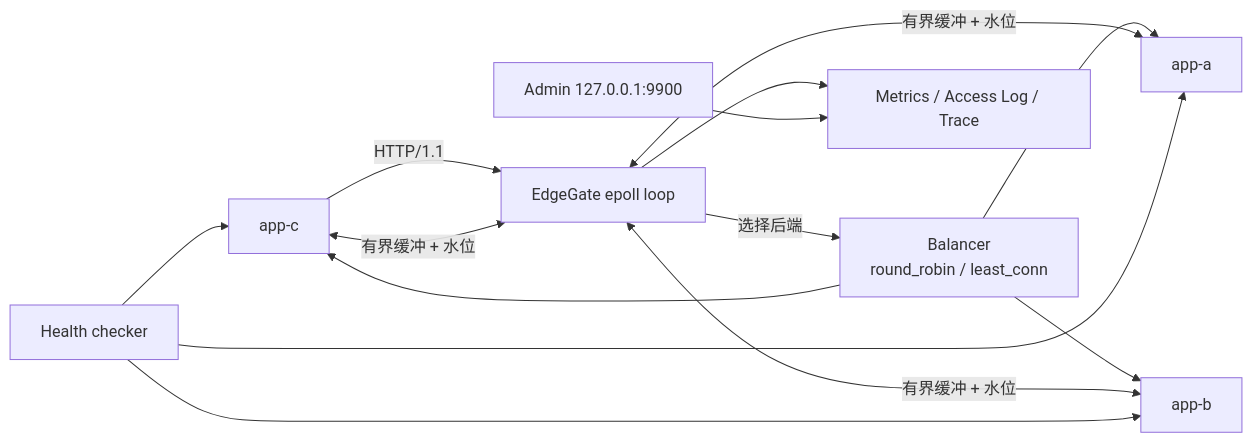
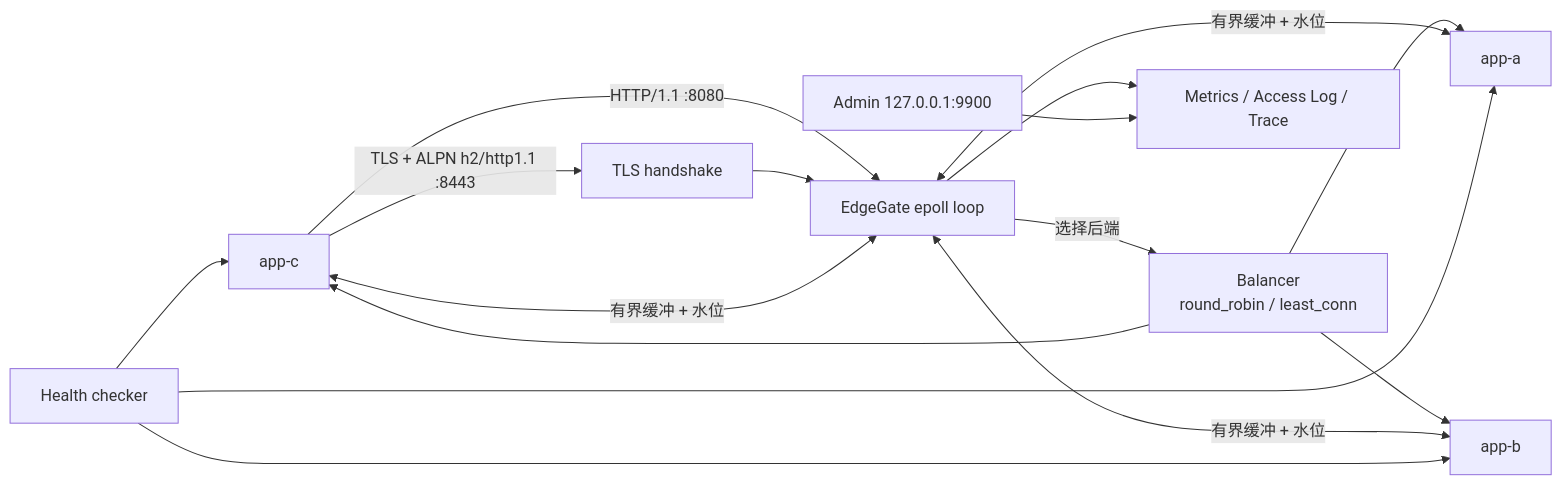
One commit to yjwyyds1/EdgeGate changed the first of 3 diagrams in README.md. Above: the diagram before and after it, drawn with Mermaid. The commit also changed other lines of this file and 7 other files, not shown here.

````diff
--- a/README.md
+++ b/README.md
@@ -98,16 +119,18 @@
 ```mermaid
 flowchart LR
-    C[Browser / curl / loadgen] -->|HTTP/1.1| EG[EdgeGate epoll loop]
+    C[Browser / curl / loadgen] -->|HTTP/1.1 :8080| EG[EdgeGate epoll loop]
+    C -->|TLS + ALPN h2/http1.1 :8443| TLS[TLS handshake]
+    TLS --> EG
     EG -->|选择后端| LB[Balancer<br/>round_robin / least_conn]
     LB --> A[app-a]
     LB --> B[app-b]
     LB --> C[app-c]
     EG <-->|有界缓冲 + 水位| A
     EG <-->|有界缓冲 + 水位| B
     EG <-->|有界缓冲 + 水位| C
     EG --> M[Metrics / Access Log / Trace]
     ADMIN[Admin 127.0.0.1:9900] --> M
     HEALTH[Health checker] --> A
     HEALTH --> B
     HEALTH --> C
 ```
````
